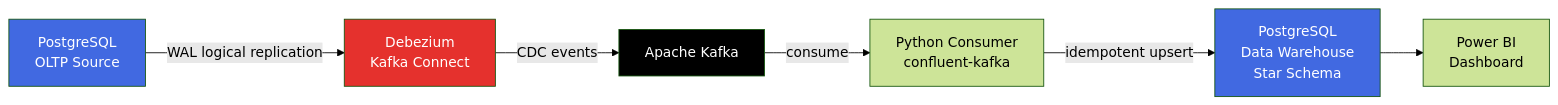
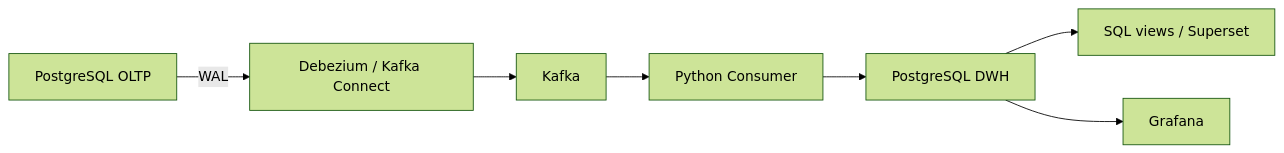
One commit to htrsng/cdc-pipeline-debezium-kafka changed the diagram in README.md. Above: the diagram before and after it, drawn with Mermaid (forest theme). The commit also changed other lines of this file and 22 other files, not shown here.

````diff
--- a/README.md
+++ b/README.md
@@ -43,13 +9,9 @@
 ```mermaid
 flowchart LR
-    A[PostgreSQL<br/>OLTP Source] -->|WAL logical replication| B[Debezium<br/>Kafka Connect]
-    B -->|CDC events| C[Apache Kafka]
-    C -->|consume| D[Python Consumer<br/>confluent-kafka]
-    D -->|idempotent upsert| E[PostgreSQL<br/>Data Warehouse<br/>Star Schema]
-    E --> F[Power BI<br/>Dashboard]
-
-    style A fill:#4169E1,color:#fff
-    style E fill:#4169E1,color:#fff
-    style C fill:#000,color:#fff
-    style B fill:#e5312d,color:#fff
+    A[PostgreSQL OLTP] -->|WAL| B[Debezium / Kafka Connect]
+    B --> C[Kafka]
+    C --> D[Python Consumer]
+    D --> E[PostgreSQL DWH]
+    E --> F[SQL views / Superset]
+    E --> G[Grafana]
 ```
````
